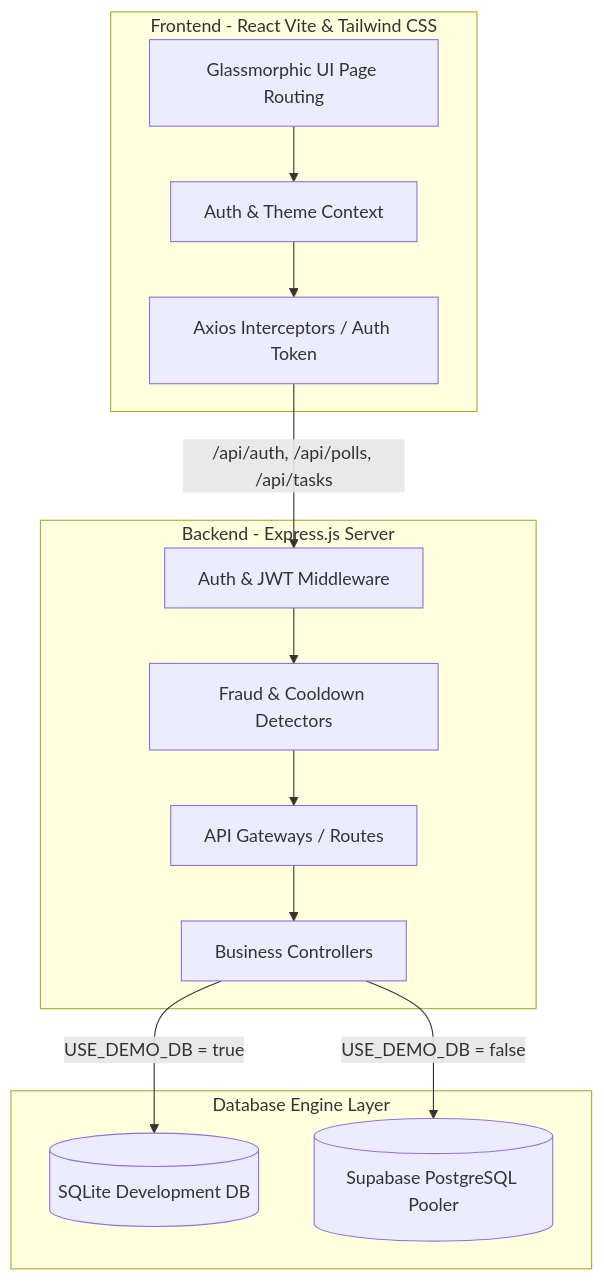
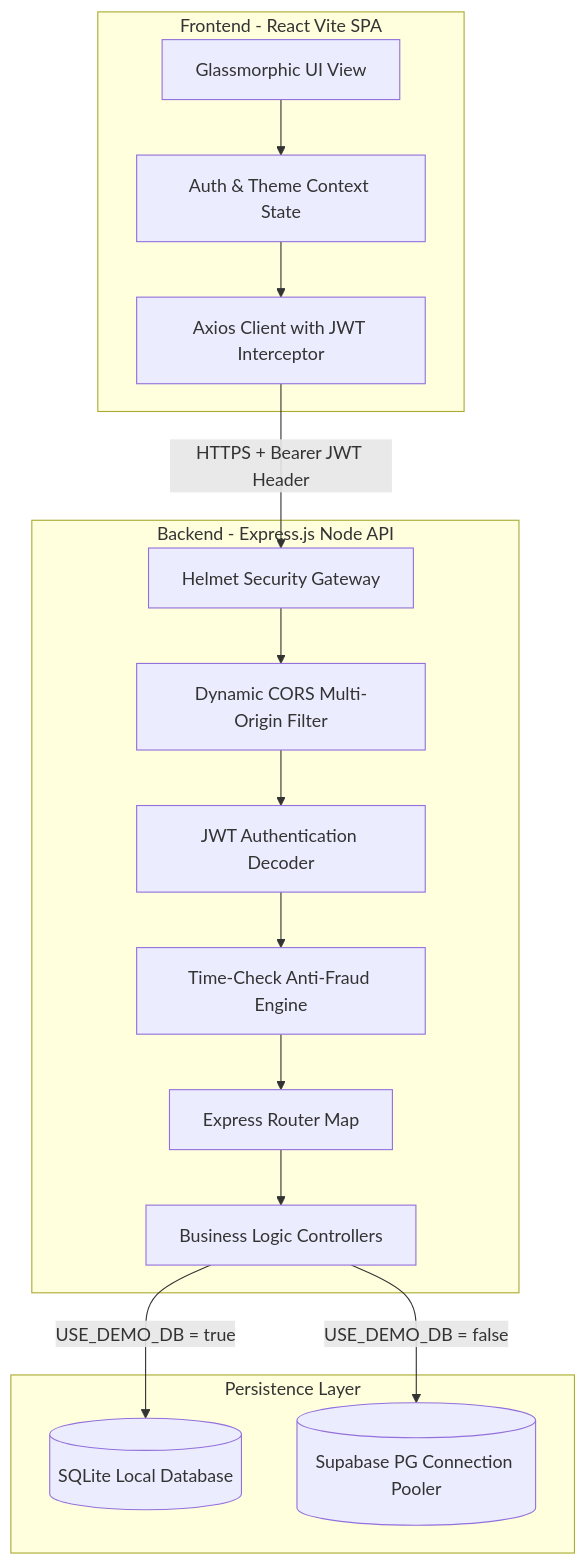
Before and after one commit to Meetvirugama/BasicVotingSystem: the diagram in README.md, drawn with Mermaid. The commit also changed other lines of this file, not shown here.

````diff
--- a/README.md
+++ b/README.md
@@ -13,29 +13,33 @@
 ```mermaid
 graph TD
-    subgraph Client [Frontend - React Vite & Tailwind CSS]
-        UI[Glassmorphic UI Page Routing]
-        AuthCtx[Auth & Theme Context]
-        AxiosInstance[Axios Interceptors / Auth Token]
+    subgraph Client [Frontend - React Vite SPA]
+        UI[Glassmorphic UI View]
+        Context[Auth & Theme Context State]
+        AxiosInst[Axios Client with JWT Interceptor]
     end
 
-    subgraph Server [Backend - Express.js Server]
-        AuthMid[Auth & JWT Middleware]
-        FraudMid[Fraud & Cooldown Detectors]
-        Routes[API Gateways / Routes]
-        Controllers[Business Controllers]
+    subgraph Server [Backend - Express.js Node API]
+        Helmet[Helmet Security Gateway]
+        CORS[Dynamic CORS Multi-Origin Filter]
+        JWT[JWT Authentication Decoder]
+        Fraud[Time-Check Anti-Fraud Engine]
+        Routes[Express Router Map]
+        Ctrl[Business Logic Controllers]
     end
 
-    subgraph Storage [Database Engine Layer]
-        SQLite[(SQLite Development DB)]
-        Supabase[(Supabase PostgreSQL Pooler)]
+    subgraph Storage [Persistence Layer]
+        SQLite[(SQLite Local Database)]
+        Supabase[(Supabase PG Connection Pooler)]
     end
 
-    UI --> AuthCtx
-    AuthCtx --> AxiosInstance
-    AxiosInstance -- /api/auth, /api/polls, /api/tasks --> AuthMid
-    AuthMid --> FraudMid
-    FraudMid --> Routes
-    Routes --> Controllers
-    Controllers -- USE_DEMO_DB = true --> SQLite
-    Controllers -- USE_DEMO_DB = false --> Supabase
+    UI --> Context
+    Context --> AxiosInst
+    AxiosInst -- HTTPS + Bearer JWT Header --> Helmet
+    Helmet --> CORS
+    CORS --> JWT
+    JWT --> Fraud
+    Fraud --> Routes
+    Routes --> Ctrl
+    Ctrl -- USE_DEMO_DB = true --> SQLite
+    Ctrl -- USE_DEMO_DB = false --> Supabase
 ```
````
